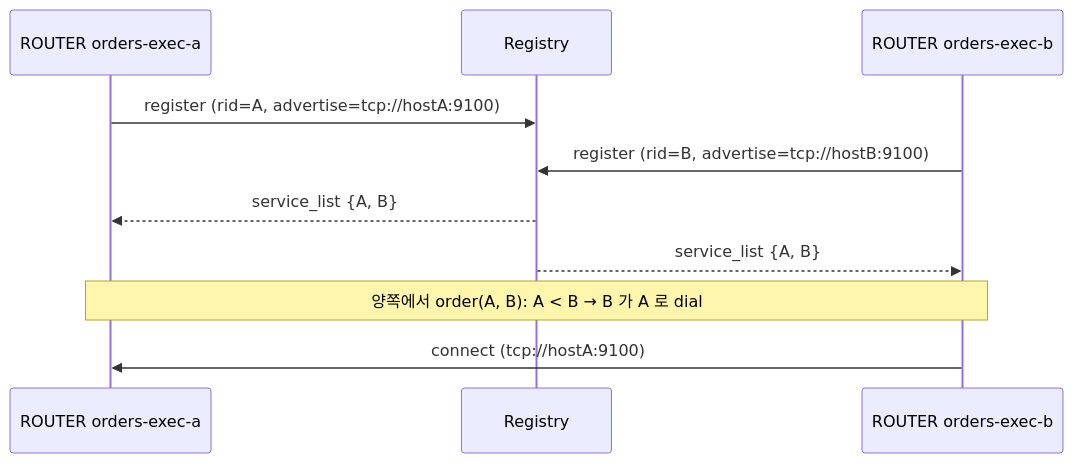
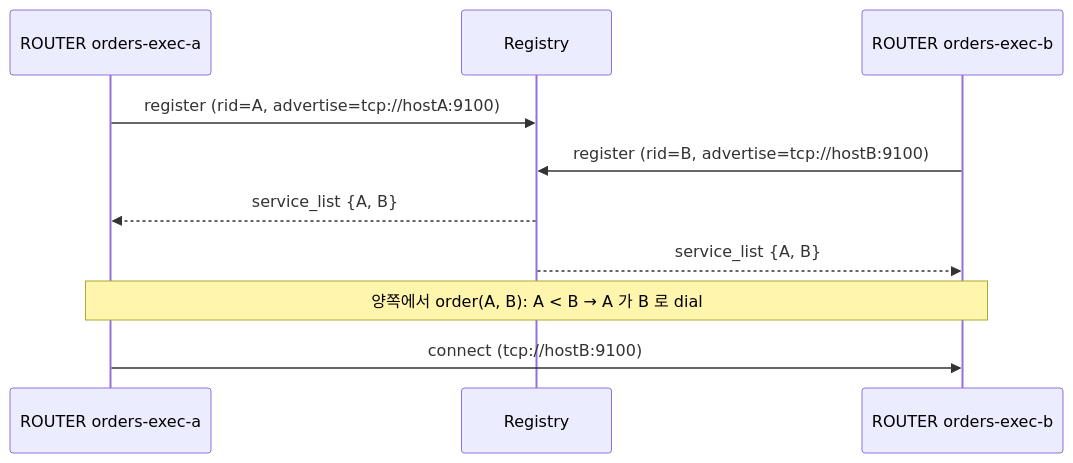
One commit to kairos-code-dev/zlink changed the third of 4 diagrams in core/doc/guide/07-1-discovery.ko.md. Above: the diagram before and after it, drawn with Mermaid. The commit also changed other lines of this file, not shown here.

````diff
--- a/core/doc/guide/07-1-discovery.ko.md
+++ b/core/doc/guide/07-1-discovery.ko.md
@@ -189,13 +189,13 @@
 ```mermaid
 sequenceDiagram
     participant A as ROUTER orders-exec-a
     participant Reg as Registry
     participant B as ROUTER orders-exec-b
 
     A->>Reg: register (rid=A, advertise=tcp://hostA:9100)
     B->>Reg: register (rid=B, advertise=tcp://hostB:9100)
     Reg-->>A: service_list {A, B}
     Reg-->>B: service_list {A, B}
-    Note over A,B: 양쪽에서 order(A, B): A < B → B 가 A 로 dial
-    B->>A: connect (tcp://hostA:9100)
+    Note over A,B: 양쪽에서 order(A, B): A < B → A 가 B 로 dial
+    A->>B: connect (tcp://hostB:9100)
 ```
````
